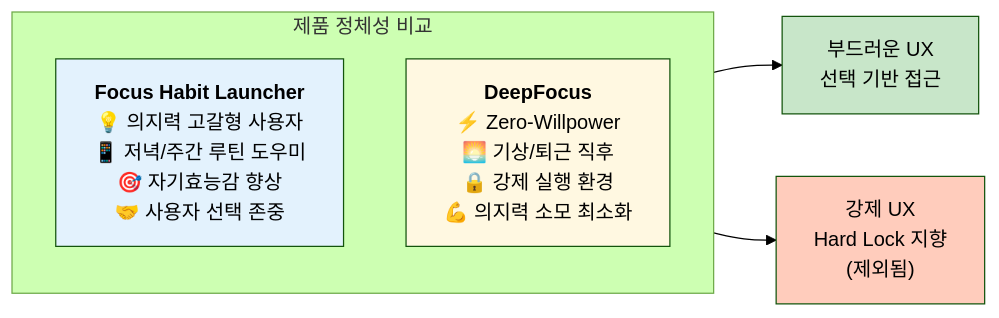
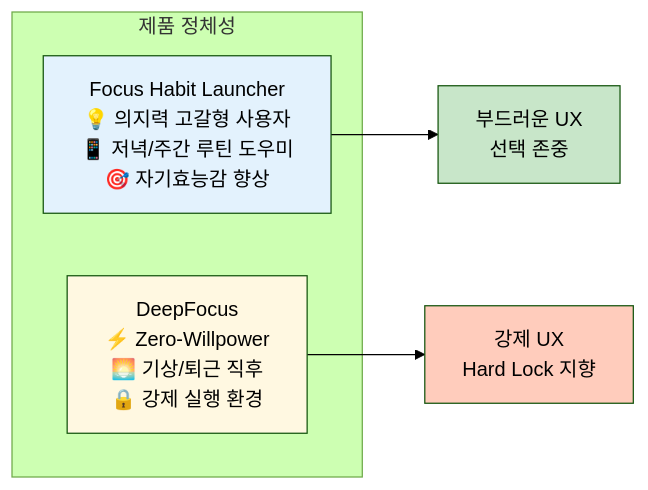
Before and after one commit to lindaleeeee/Digital-minimalist-project-Self-development: the seventh of 7 diagrams in Digital-minimalist-project_Self-development/5-3.SRS-GPT5-GEMINI3비교.md, drawn with Mermaid (forest theme). The commit also changed other lines of this file and 63 other files, not shown here.

````diff
--- a/Digital-minimalist-project_Self-development/5-3.SRS-GPT5-GEMINI3비교.md
+++ b/Digital-minimalist-project_Self-development/5-3.SRS-GPT5-GEMINI3비교.md
@@ -191,19 +217,18 @@
 ```mermaid
 flowchart LR
-    subgraph Identity["제품 정체성 비교"]
-        direction TB
-        GPT_ID["<b>Focus Habit Launcher</b><br/>💡 의지력 고갈형 사용자<br/>📱 저녁/주간 루틴 도우미<br/>🎯 자기효능감 향상<br/>🤝 사용자 선택 존중"]
-        GEM_ID["<b>DeepFocus</b><br/>⚡ Zero-Willpower<br/>🌅 기상/퇴근 직후<br/>🔒 강제 실행 환경<br/>💪 의지력 소모 최소화"]
-    end
-    
-    GPT_UX["부드러운 UX<br/>선택 기반 접근"]
-    GEM_UX["강제 UX<br/>Hard Lock 지향<br/>(제외됨)"]
-    
-    GPT_ID --> GPT_UX
-    GEM_ID --> GEM_UX
-    
-    style GPT_ID fill:#e3f2fd
-    style GEM_ID fill:#fff8e1
-    style GPT_UX fill:#c8e6c9
-    style GEM_UX fill:#ffccbc
+subgraph Identity["제품 정체성"]
+GPT_ID["Focus Habit Launcher<br/>💡 의지력 고갈형 사용자<br/>📱 저녁/주간 루틴 도우미<br/>🎯 자기효능감 향상"]
+GEM_ID["DeepFocus<br/>⚡ Zero-Willpower<br/>🌅 기상/퇴근 직후<br/>🔒 강제 실행 환경"]
+end
+GPT_UX["부드러운 UX<br/>선택 존중"]
+GEM_UX["강제 UX<br/>Hard Lock 지향"]
+
+GPT_ID --> GPT_UX
+GEM_ID --> GEM_UX
+
+style GPT_ID fill:#e3f2fd
+style GEM_ID fill:#fff8e1
+style GPT_UX fill:#c8e6c9
+style GEM_UX fill:#ffccbc
+
 ```
````
